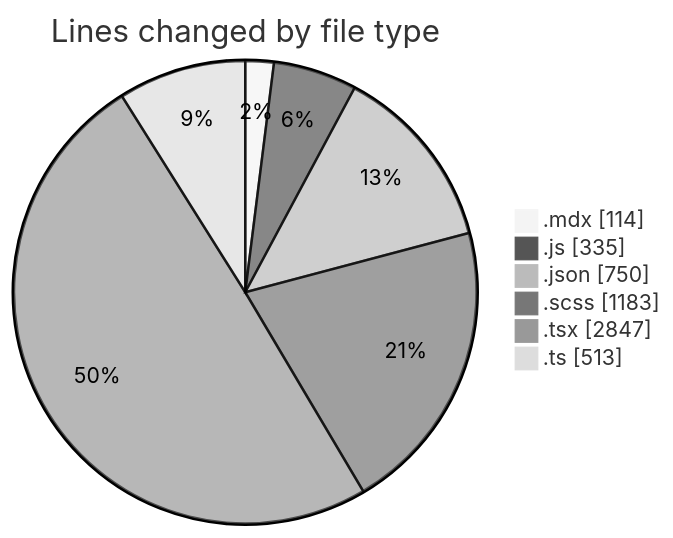
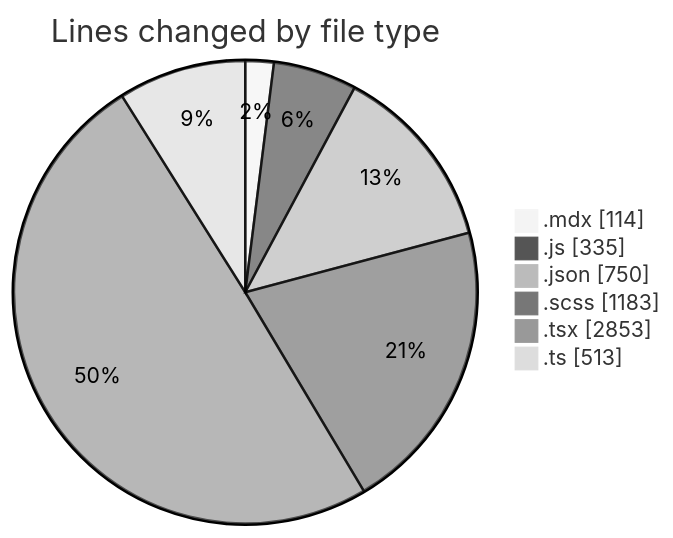
Before and after one commit to momahboobian/code-tracking: the first of 2 diagrams in 2026-08-13/cda/README.md, drawn with Mermaid (neutral theme). The commit also changed other lines of this file and 1 other file, not shown here.

````diff
--- a/2026-08-13/cda/README.md
+++ b/2026-08-13/cda/README.md
@@ -46,10 +46,10 @@
 ```mermaid
 pie showData
 title Lines changed by file type
 ".mdx" : 114
 ".js" : 335
 ".json" : 750
 ".scss" : 1183
-".tsx" : 2847
+".tsx" : 2853
 ".ts" : 513
 ```
````
